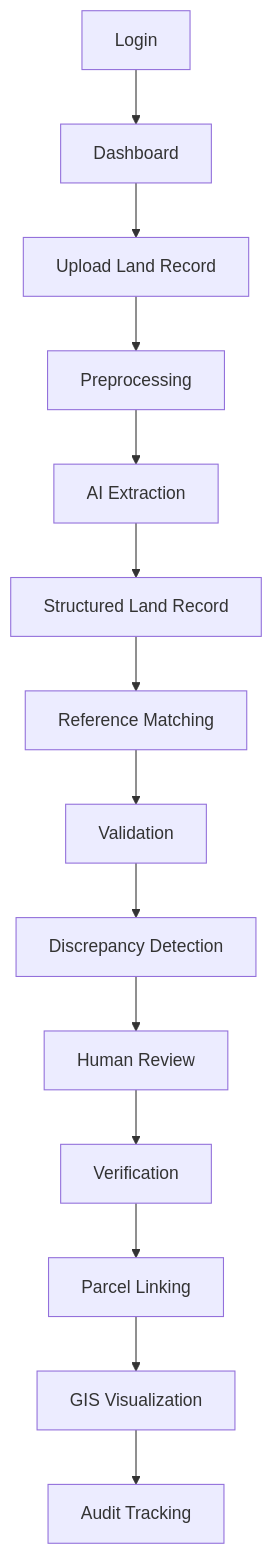
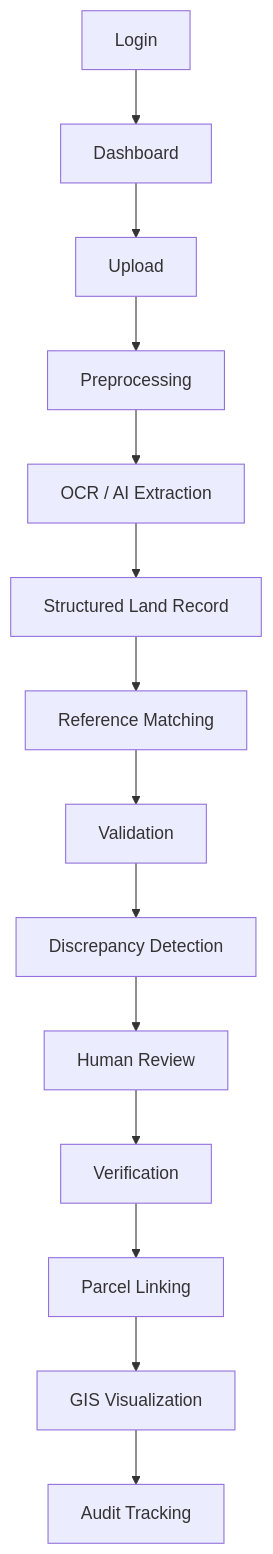
The second of 6 diagrams in README.md (aryan24cse109-dev/intellilandAI), drawn with Mermaid before and after one commit. The commit also changed other lines of this file, not shown here.

````diff
--- a/README.md
+++ b/README.md
@@ -196,16 +202,16 @@
 ```mermaid
 flowchart TD
     A["Login"] --> B["Dashboard"]
-    B --> C["Upload Land Record"]
+    B --> C["Upload"]
     C --> D["Preprocessing"]
-    D --> E["AI Extraction"]
+    D --> E["OCR / AI Extraction"]
     E --> F["Structured Land Record"]
     F --> G["Reference Matching"]
     G --> H["Validation"]
     H --> I["Discrepancy Detection"]
     I --> J["Human Review"]
     J --> K["Verification"]
     K --> L["Parcel Linking"]
     L --> M["GIS Visualization"]
     M --> N["Audit Tracking"]
 ```
````
